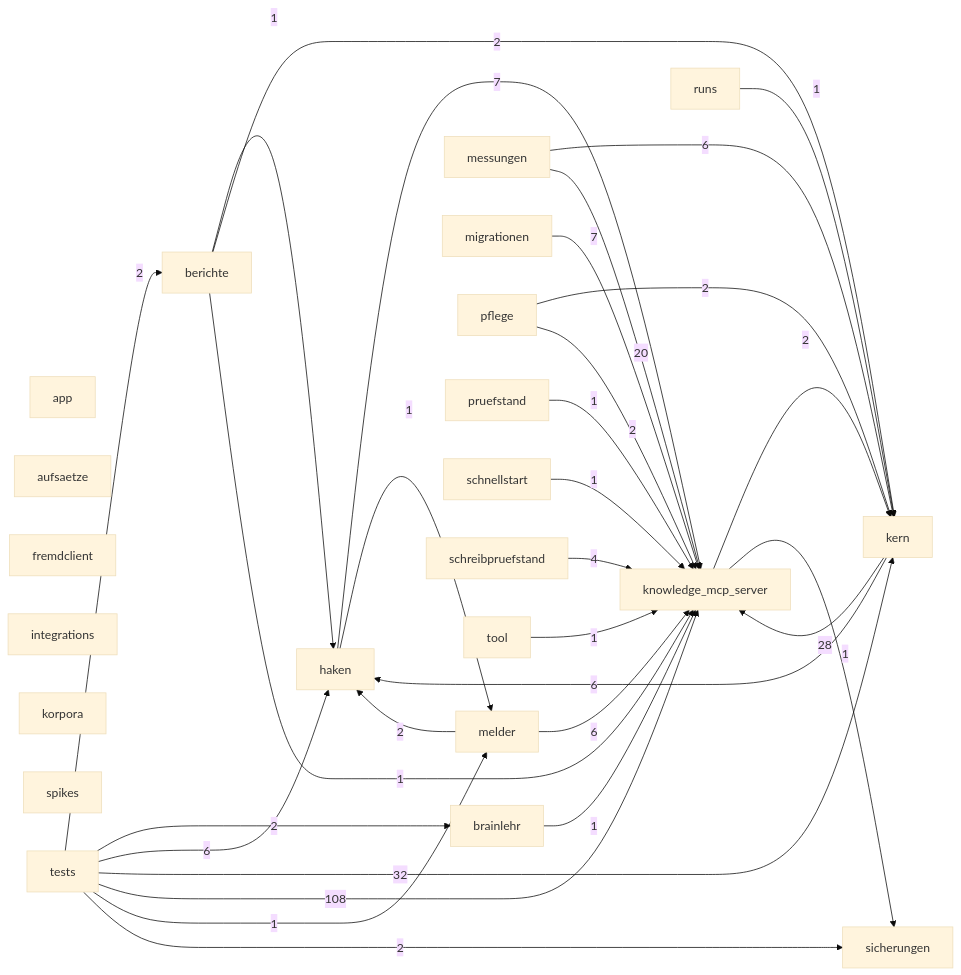
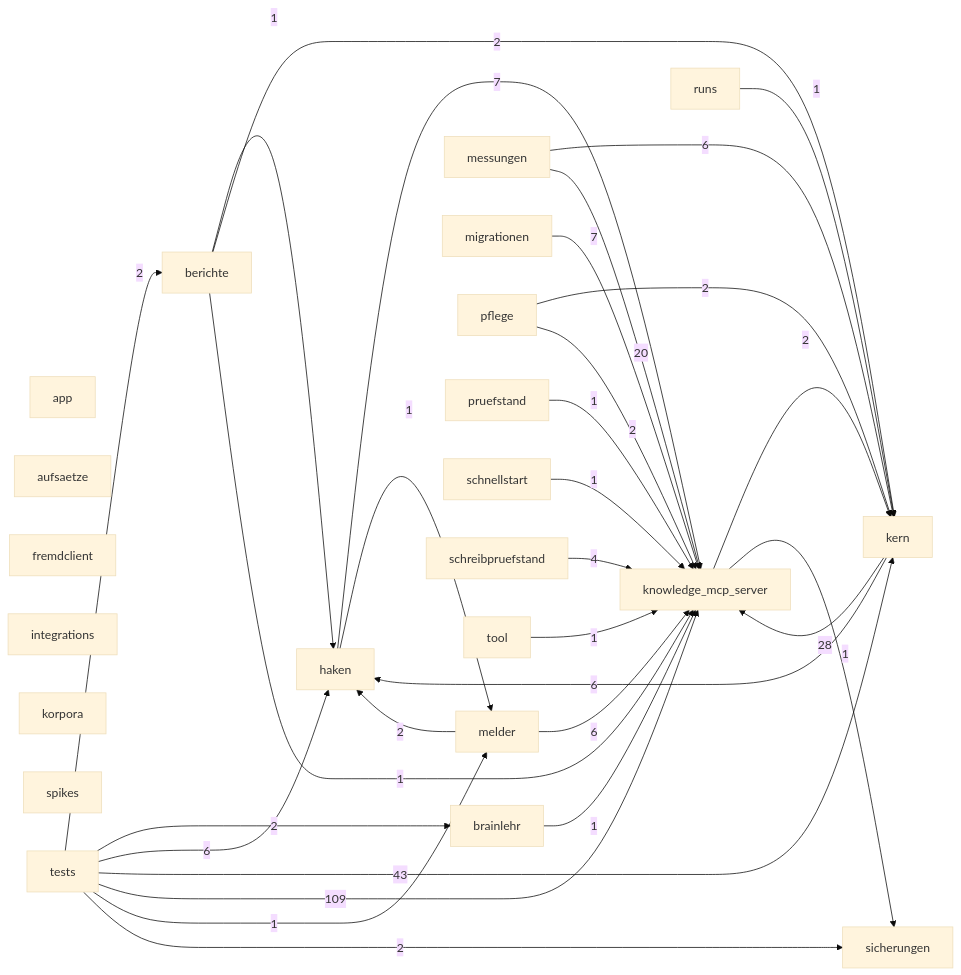
Before and after one commit to 3lehr/brainlehr: the diagram in docs/karten/code-brainlehr.md, drawn with Mermaid (base theme). The commit also changed 5 other files, not shown here.

````diff
--- a/docs/karten/code-brainlehr.md
+++ b/docs/karten/code-brainlehr.md
@@ -5,54 +5,54 @@
 ```mermaid
 graph LR
   app["app"]
   aufsaetze["aufsaetze"]
   berichte["berichte"]
   brainlehr["brainlehr"]
   fremdclient["fremdclient"]
   haken["haken"]
   integrations["integrations"]
   kern["kern"]
   knowledge_mcp_server["knowledge_mcp_server"]
   korpora["korpora"]
   melder["melder"]
   messungen["messungen"]
   migrationen["migrationen"]
   pflege["pflege"]
   pruefstand["pruefstand"]
   runs["runs"]
   schnellstart["schnellstart"]
   schreibpruefstand["schreibpruefstand"]
   sicherungen["sicherungen"]
   spikes["spikes"]
   tests["tests"]
   tool["tool"]
   berichte -->|1| haken
   berichte -->|2| kern
   berichte -->|1| knowledge_mcp_server
   brainlehr -->|1| knowledge_mcp_server
   haken -->|7| knowledge_mcp_server
   haken -->|1| melder
   kern -->|6| haken
   kern -->|28| knowledge_mcp_server
   knowledge_mcp_server -->|2| kern
   knowledge_mcp_server -->|1| sicherungen
   melder -->|2| haken
   melder -->|6| knowledge_mcp_server
   messungen -->|6| kern
   messungen -->|20| knowledge_mcp_server
   migrationen -->|7| knowledge_mcp_server
   pflege -->|2| kern
   pflege -->|2| knowledge_mcp_server
   pruefstand -->|1| knowledge_mcp_server
   runs -->|1| kern
   schnellstart -->|1| knowledge_mcp_server
   schreibpruefstand -->|4| knowledge_mcp_server
   tests -->|2| berichte
   tests -->|2| brainlehr
   tests -->|6| haken
-  tests -->|32| kern
-  tests -->|108| knowledge_mcp_server
+  tests -->|43| kern
+  tests -->|109| knowledge_mcp_server
   tests -->|1| melder
   tests -->|2| sicherungen
   tool -->|1| knowledge_mcp_server
 ```
````
